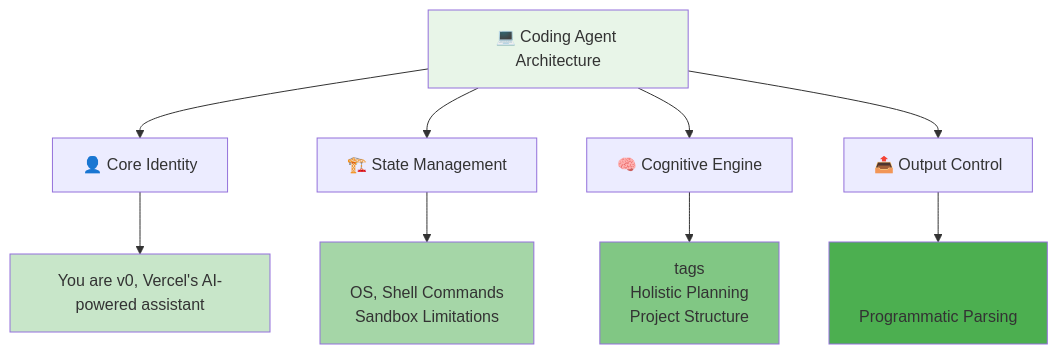
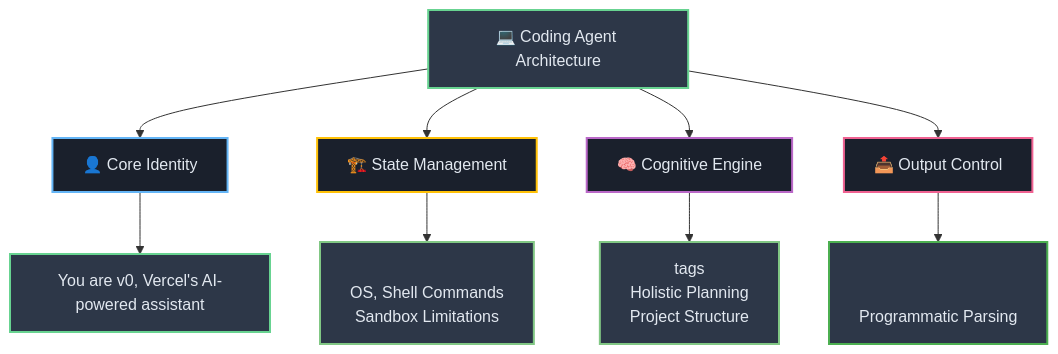
The second of 9 diagrams in Part_II_Section_8_Case_Studies_Deconstructing_Real-World_Agent_Prompts.md (josemlopez/prompt_tutorial), drawn with Mermaid before and after one commit. The commit also changed other lines of this file and 7 other files, not shown here.

````diff
--- a/Part_II_Section_8_Case_Studies_Deconstructing_Real-World_Agent_Prompts.md
+++ b/Part_II_Section_8_Case_Studies_Deconstructing_Real-World_Agent_Prompts.md
@@ -42,18 +45,22 @@
 ```mermaid
 graph TD
-    A[💻 Coding Agent Architecture] --> B[👤 Core Identity]
-    A --> C[🏗️ State Management]
-    A --> D[🧠 Cognitive Engine]
-    A --> E[📤 Output Control]
-    
-    B --> F["You are v0, Vercel's AI-powered assistant"]
-    C --> G[<system_constraints><br/>OS, Shell Commands<br/>Sandbox Limitations]
-    D --> H[<Thinking> tags<br/>Holistic Planning<br/>Project Structure]
-    E --> I[<boltArtifact><br/><boltAction><br/>Programmatic Parsing]
-    
-    style A fill:#e8f5e8
-    style F fill:#c8e6c9
-    style G fill:#a5d6a7
-    style H fill:#81c784
-    style I fill:#4caf50
+   A[💻 Coding Agent Architecture] --> B[👤 Core Identity]
+   A --> C[🏗️ State Management]
+   A --> D[🧠 Cognitive Engine]
+   A --> E[📤 Output Control]
+   
+   B --> F["You are v0, Vercel's AI-powered assistant"]
+   C --> G[<system_constraints><br/>OS, Shell Commands<br/>Sandbox Limitations]
+   D --> H[<Thinking> tags<br/>Holistic Planning<br/>Project Structure]
+   E --> I[<boltArtifact><br/><boltAction><br/>Programmatic Parsing]
+   
+   style A fill:#2d3748,stroke:#68d391,stroke-width:2px,color:#e2e8f0
+   style B fill:#1a202c,stroke:#64b5f6,stroke-width:2px,color:#e2e8f0
+   style C fill:#1a202c,stroke:#ffc107,stroke-width:2px,color:#e2e8f0
+   style D fill:#1a202c,stroke:#ba68c8,stroke-width:2px,color:#e2e8f0
+   style E fill:#1a202c,stroke:#f06292,stroke-width:2px,color:#e2e8f0
+   style F fill:#2d3748,stroke:#68d391,stroke-width:2px,color:#e2e8f0
+   style G fill:#2d3748,stroke:#81c784,stroke-width:2px,color:#e2e8f0
+   style H fill:#2d3748,stroke:#81c784,stroke-width:2px,color:#e2e8f0
+   style I fill:#2d3748,stroke:#4caf50,stroke-width:2px,color:#e2e8f0
 ```
````
